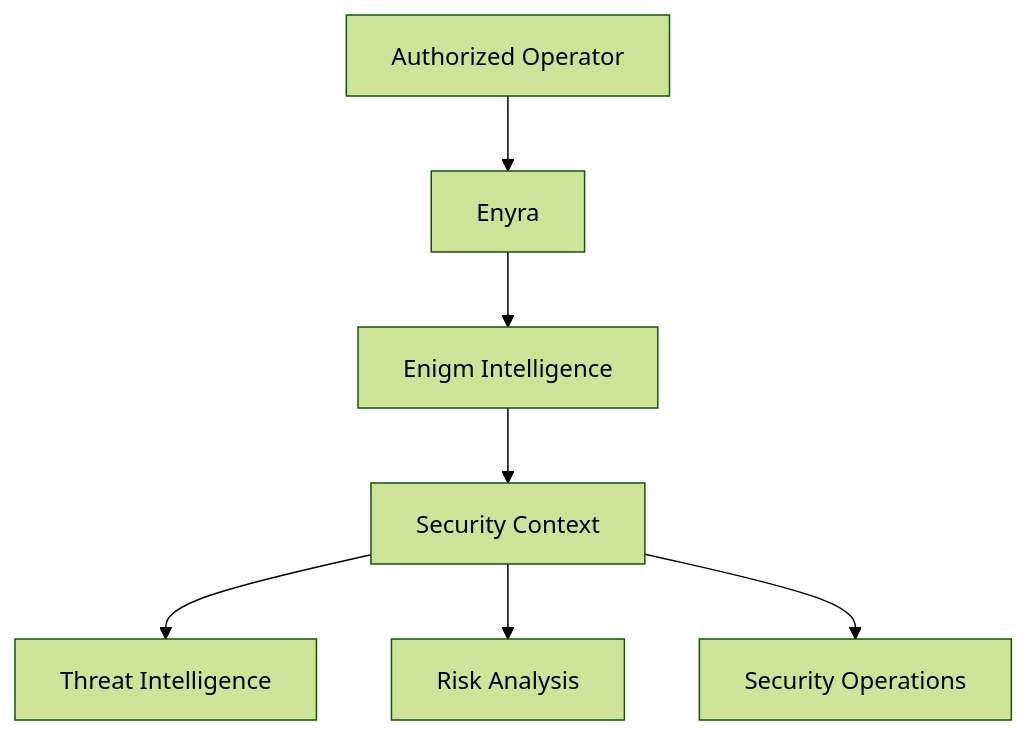
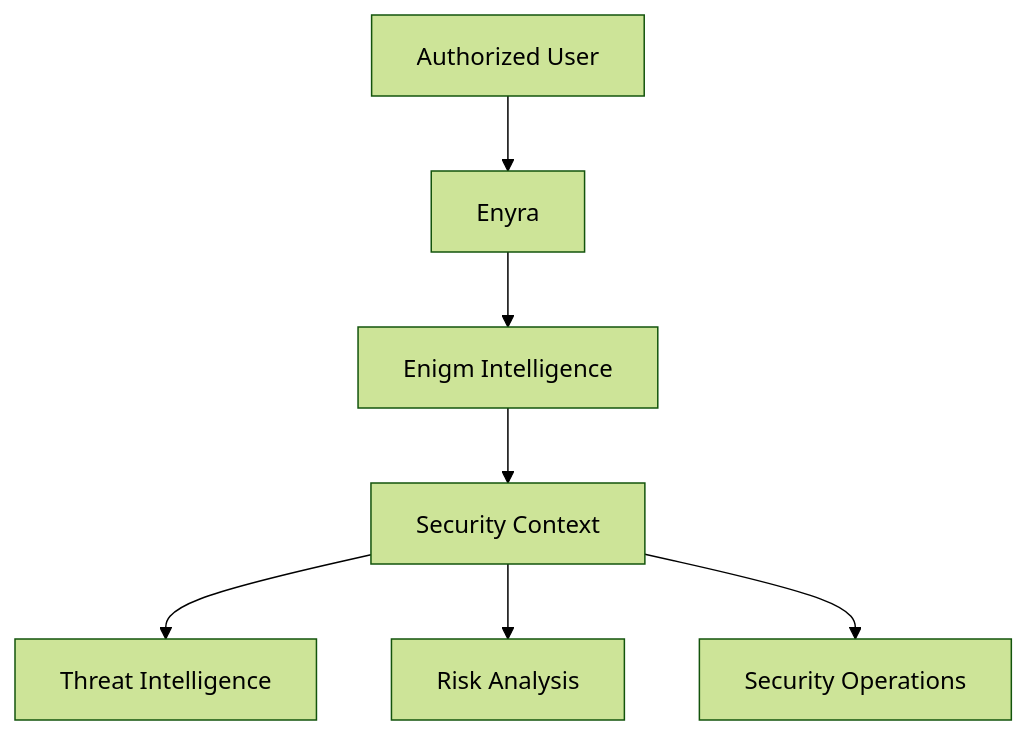
The diagram in intelligence/enyra.mdx (enigm-llc/docs), drawn with Mermaid (forest theme) before and after one commit. The commit also changed other lines of this file and 15 other files, not shown here.

````diff
--- a/intelligence/enyra.mdx
+++ b/intelligence/enyra.mdx
@@ -15,17 +15,17 @@
 ```mermaid
 flowchart TD
-  User["Authorized Operator"]
+  User["Authorized User"]
   Enyra["Enyra"]
   Intelligence["Enigm Intelligence"]
   Context["Security Context"]
   TI["Threat Intelligence"]
   Risk["Risk Analysis"]
   Ops["Security Operations"]
 
   User --> Enyra
   Enyra --> Intelligence
   Intelligence --> Context
   Context --> TI
   Context --> Risk
   Context --> Ops
 ```
````
